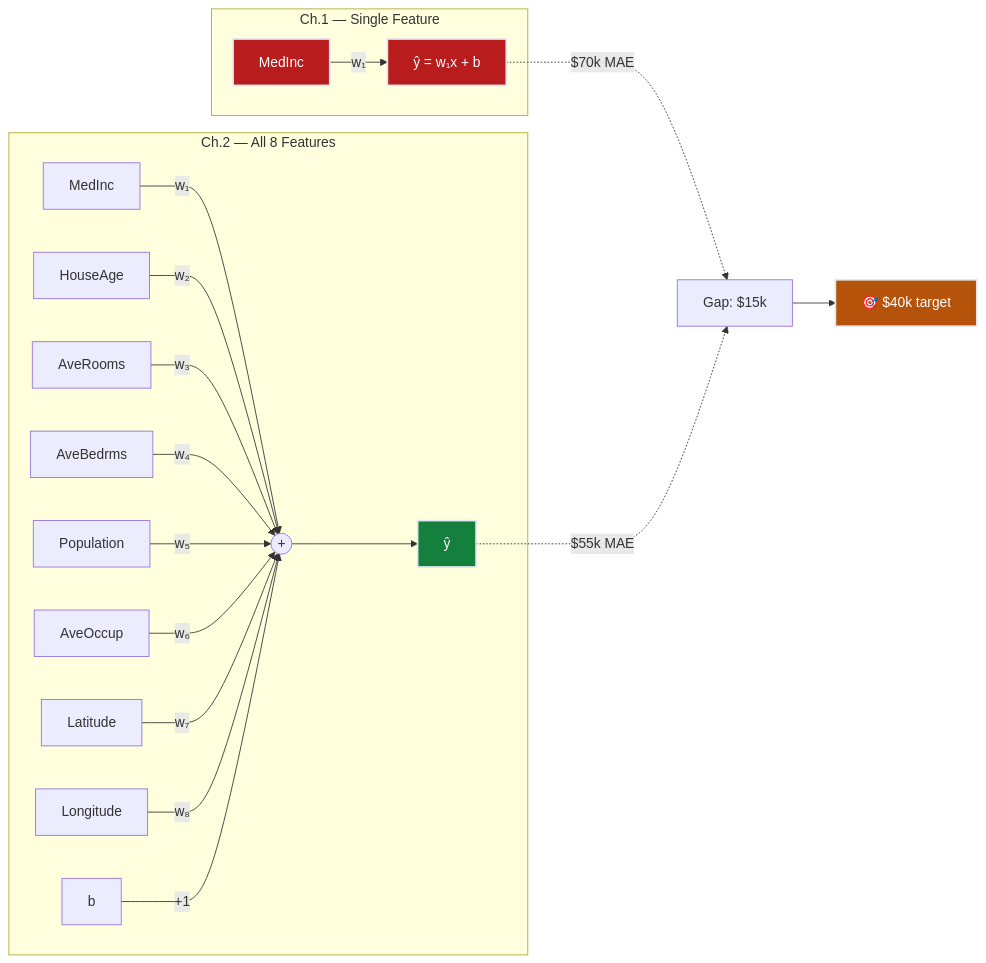
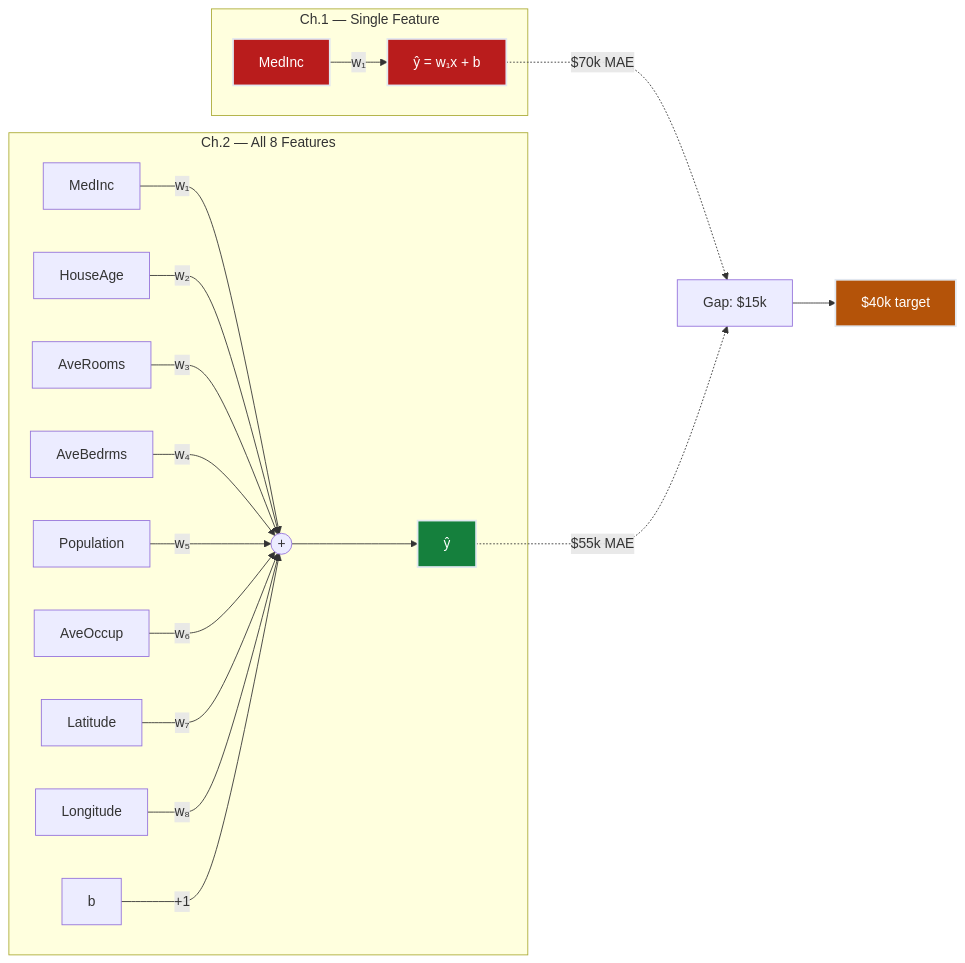
Before and after one commit to deepakshamsft/ai-portfolio: the first of 5 diagrams in notes/ML/01-Regression/ch02-multiple-regression/README.md, drawn with Mermaid. The commit also changed 50 other files, not shown here.

````diff
--- a/notes/ML/01-Regression/ch02-multiple-regression/README.md
+++ b/notes/ML/01-Regression/ch02-multiple-regression/README.md
@@ -33,28 +33,28 @@
 ```mermaid
 flowchart LR
     subgraph "Ch.1 — Single Feature"
         A["MedInc"] -->|"w₁"| P1["ŷ = w₁x + b"]
     end
     
     subgraph "Ch.2 — All 8 Features"
         B1["MedInc"] -->|"w₁"| SUM(("+"))
         B2["HouseAge"] -->|"w₂"| SUM
         B3["AveRooms"] -->|"w₃"| SUM
         B4["AveBedrms"] -->|"w₄"| SUM
         B5["Population"] -->|"w₅"| SUM
         B6["AveOccup"] -->|"w₆"| SUM
         B7["Latitude"] -->|"w₇"| SUM
         B8["Longitude"] -->|"w₈"| SUM
         BIAS["b"] -->|"+1"| SUM
         SUM --> P2["ŷ"]
     end
     
     P1 -..->|"$70k MAE"| GAP["Gap: $15k"]
     P2 -..->|"$55k MAE"| GAP
-    GAP --> TARGET["🎯 $40k target"]
+    GAP --> TARGET["$40k target"]
     
     style A fill:#b91c1c,stroke:#e2e8f0,stroke-width:2px,color:#ffffff
     style P1 fill:#b91c1c,stroke:#e2e8f0,stroke-width:2px,color:#ffffff
     style P2 fill:#15803d,stroke:#e2e8f0,stroke-width:2px,color:#ffffff
     style TARGET fill:#b45309,stroke:#e2e8f0,stroke-width:2px,color:#ffffff
 ```
````
